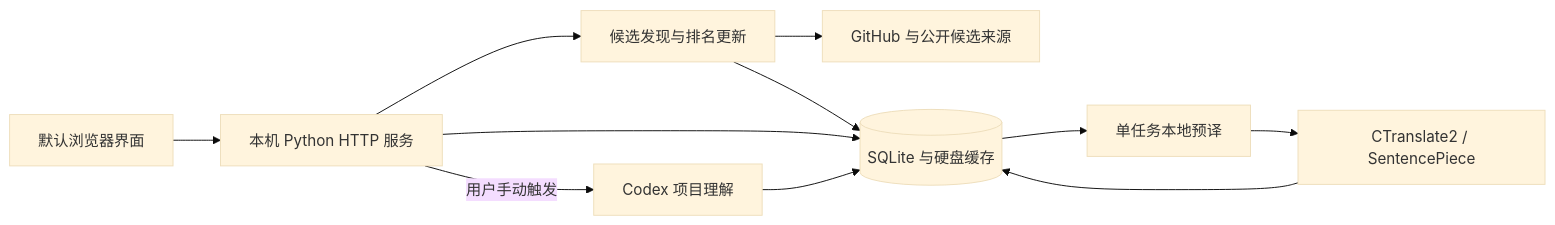
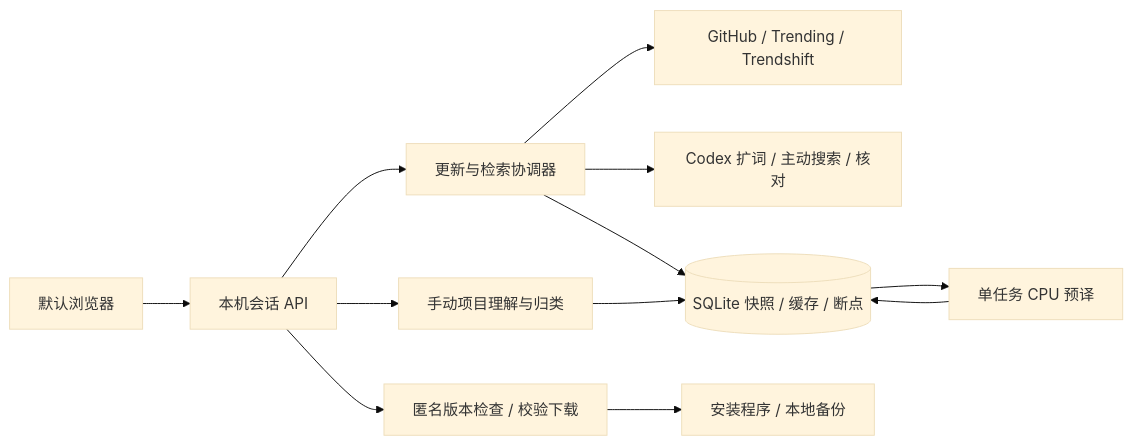
The diagram in README.md (AetheriusLumina/StarTrail), drawn with Mermaid (base theme) before and after one commit. The commit also changed other lines of this file and 59 other files, not shown here.

````diff
--- a/README.md
+++ b/README.md
@@ -232,13 +200,14 @@
 ```mermaid
 flowchart LR
-    Browser[默认浏览器界面] --> Local[本机 Python HTTP 服务]
-    Local --> Update[候选发现与排名更新]
-    Update --> GitHub[GitHub 与公开候选来源]
-    Local --> Store[(SQLite 与硬盘缓存)]
-    Update --> Store
-    Store --> Queue[单任务本地预译]
-    Queue --> CPU[CTranslate2 / SentencePiece]
-    CPU --> Store
-    Local -->|用户手动触发| AI[Codex 项目理解]
-    AI --> Store
+    Browser[默认浏览器] --> API[本机会话 API]
+    API --> Jobs[更新与检索协调器]
+    Jobs --> Sources[GitHub / Trending / Trendshift]
+    Jobs --> AI[Codex 扩词 / 主动搜索 / 核对]
+    Jobs --> DB[(SQLite 快照 / 缓存 / 断点)]
+    API --> Detail[手动项目理解与归类]
+    Detail --> DB
+    DB --> Translate[单任务 CPU 预译]
+    Translate --> DB
+    API --> Release[匿名版本检查 / 校验下载]
+    Release --> Installer[安装程序 / 本地备份]
 ```
````
